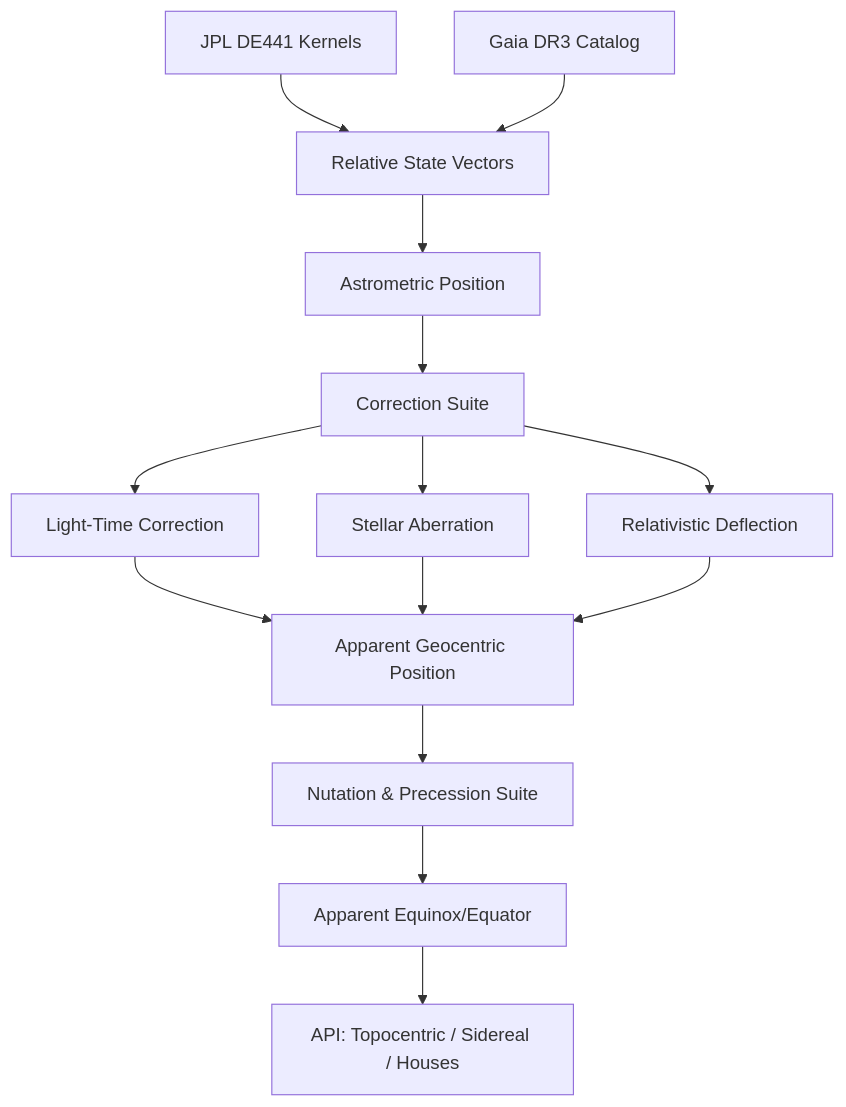
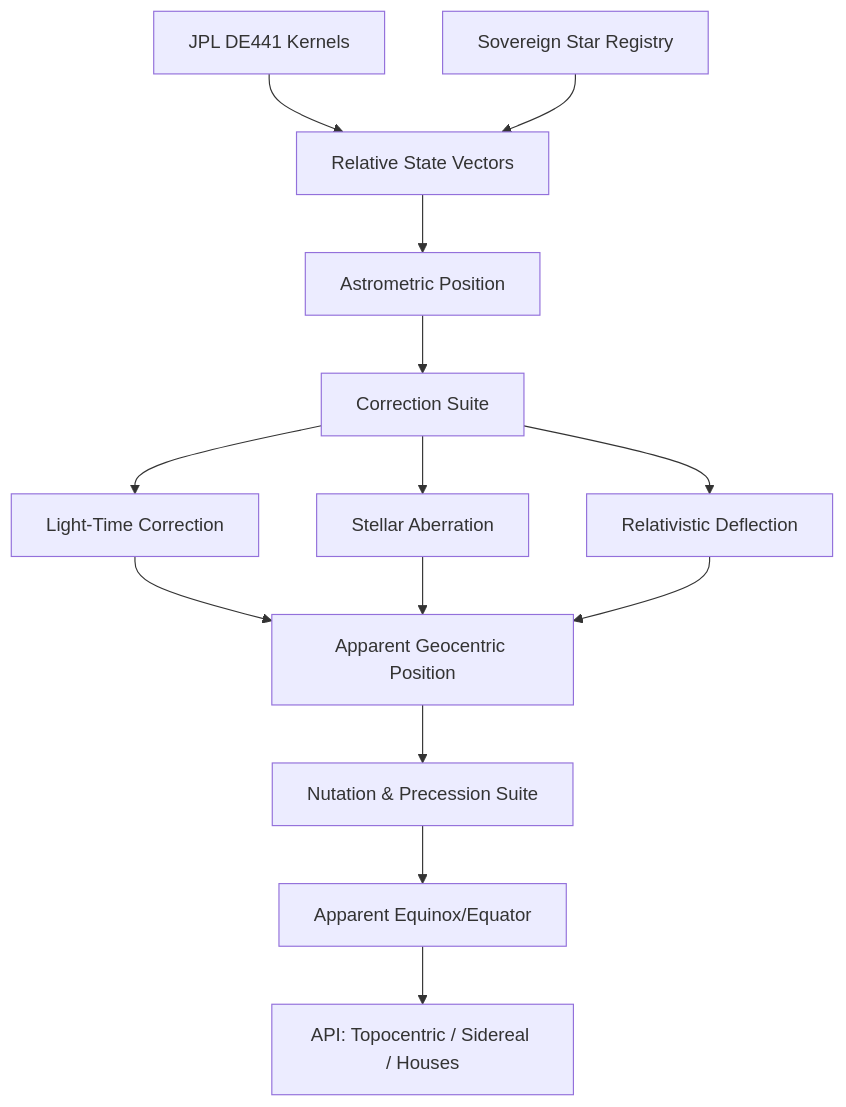
The diagram in README.md (TheDaniel166/moira), drawn with Mermaid before and after one commit. The commit also changed other lines of this file and 39 other files, not shown here.

````diff
--- a/README.md
+++ b/README.md
@@ -163,14 +191,14 @@
 ```mermaid
 graph TD
     A[JPL DE441 Kernels] --> B[Relative State Vectors]
-    C[Gaia DR3 Catalog] --> B
+    C[Sovereign Star Registry] --> B
     B --> D[Astrometric Position]
     D --> E[Correction Suite]
     E --> F[Light-Time Correction]
     E --> G[Stellar Aberration]
     E --> H[Relativistic Deflection]
     F & G & H --> I[Apparent Geocentric Position]
     I --> J[Nutation & Precession Suite]
     J --> K[Apparent Equinox/Equator]
     K --> L[API: Topocentric / Sidereal / Houses]
 ```
````
